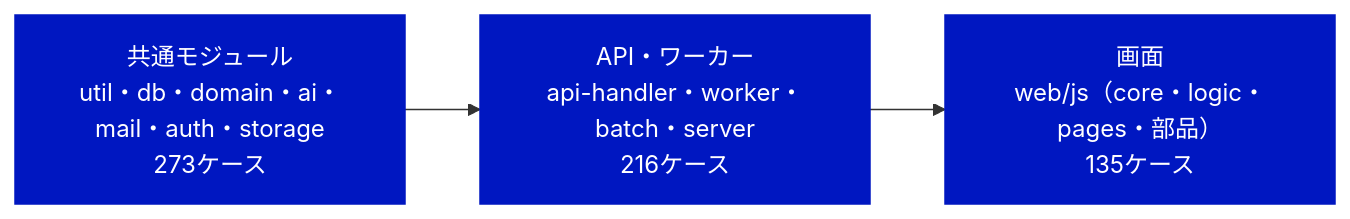
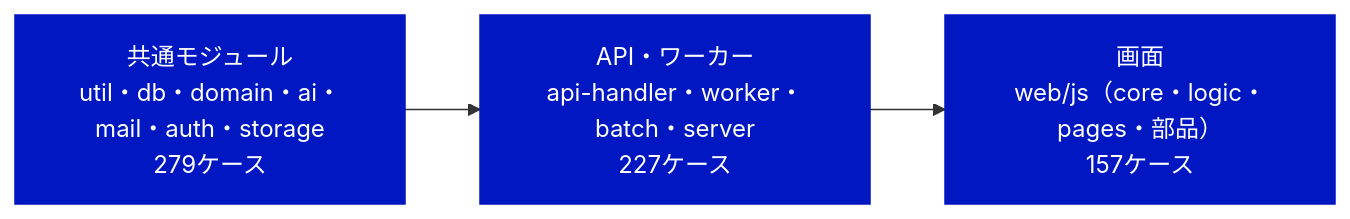
Before and after one commit to pocarialice/rpglearning: the first of 3 diagrams in documents/モジュールテスト結果報告書_RPG学習アプリ.md, drawn with Mermaid. The commit also changed other lines of this file and 1 other file, not shown here.

````diff
--- a/documents/モジュールテスト結果報告書_RPG学習アプリ.md
+++ b/documents/モジュールテスト結果報告書_RPG学習アプリ.md
@@ -23,7 +23,7 @@
 ```mermaid
 flowchart LR
-  A["共通モジュール<br>util・db・domain・ai・mail・auth・storage<br>273ケース"]:::done --> B["API・ワーカー<br>api-handler・worker・batch・server<br>216ケース"]:::done
-  B --> C["画面<br>web/js（core・logic・pages・部品）<br>135ケース"]:::done
+  A["共通モジュール<br>util・db・domain・ai・mail・auth・storage<br>279ケース"]:::done --> B["API・ワーカー<br>api-handler・worker・batch・server<br>227ケース"]:::done
+  B --> C["画面<br>web/js（core・logic・pages・部品）<br>157ケース"]:::done
   classDef done fill:#0017C1,color:#fff,stroke:#0017C1
   classDef todo fill:#fff,color:#414141,stroke:#B4B4B4,stroke-dasharray:4 3
 ```
````
